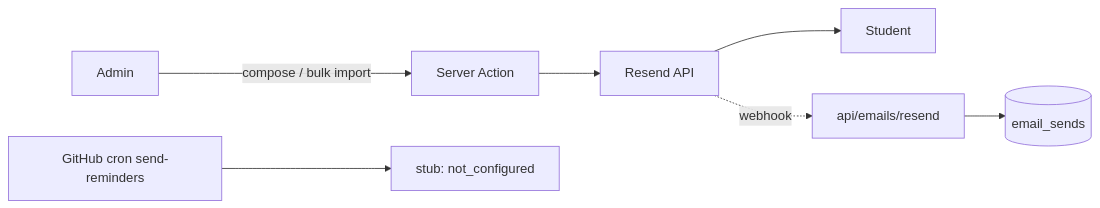
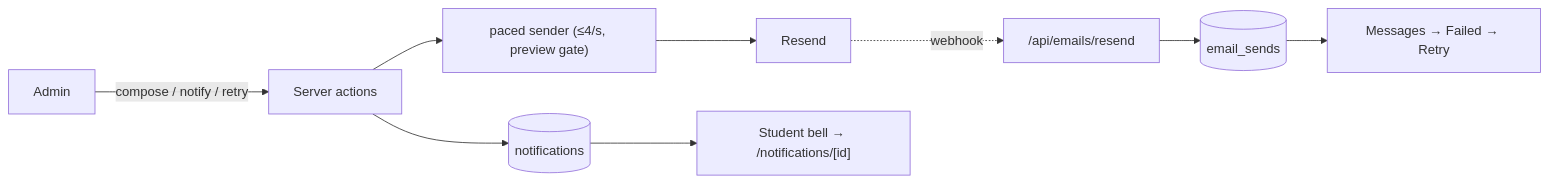
Before and after one commit to drsarthakpsychology/bind-lms-platform: the diagram in docs/modules/NOTIFICATIONS.md, drawn with Mermaid. The commit also changed other lines of this file and 6 other files, not shown here.

First line of the commit message:
docs: admin redesign — plan built, admin dashboard and notifications modules, database and feature inventories, changelog

````diff
--- a/docs/modules/NOTIFICATIONS.md
+++ b/docs/modules/NOTIFICATIONS.md
@@ -14,9 +16,11 @@
 ```mermaid
 flowchart LR
-  Admin -->|"compose / bulk import"| SA["Server Action"]
-  SA --> RS["Resend API"]
-  RS --> Student
-  RS -. webhook .-> WH["api/emails/resend"]
+  Admin -->|"compose / notify / retry"| SA["Server actions"]
+  SA --> PACE["paced sender (≤4/s, preview gate)"]
+  PACE --> RS["Resend"]
+  SA --> NT[("notifications")]
+  NT --> BELL["Student bell → /notifications/[id]"]
+  RS -. "webhook" .-> WH["/api/emails/resend"]
   WH --> ES[("email_sends")]
-  CRON["GitHub cron send-reminders"] --> X["stub: not_configured"]
+  ES --> FAIL["Messages → Failed → Retry"]
 ```
````
